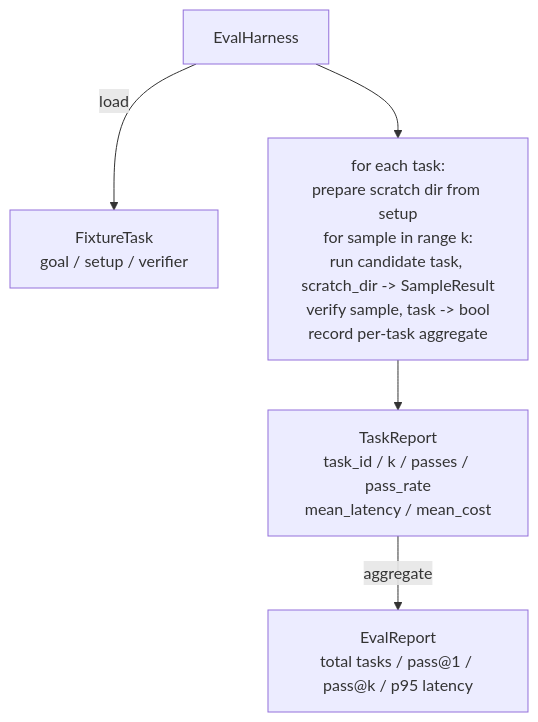
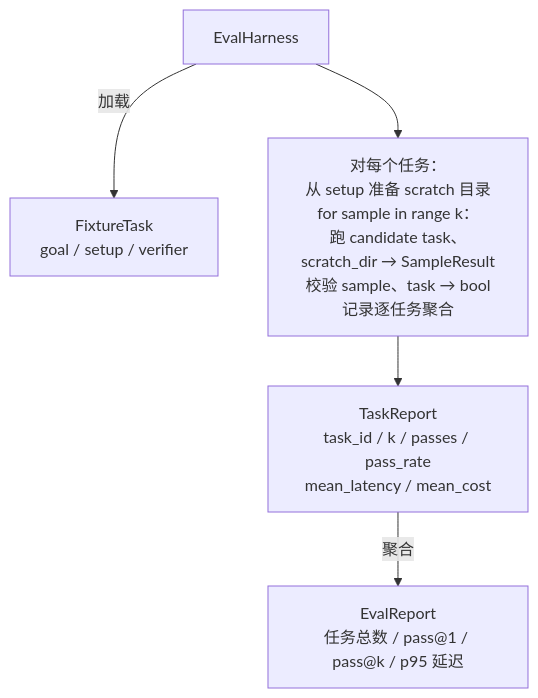
Before and after one commit to JerryC8080/ai-engineering-from-scratch-zh: the second of 2 diagrams in phases/19-capstone-projects/27-eval-harness-fixture-tasks/docs/zh.md, drawn with Mermaid. The commit also changed other lines of this file and 156 other files, not shown here.

First line of the commit message:
i18n(zh): translate mermaid diagram labels in 157 lesson zh.md

````diff
--- a/phases/19-capstone-projects/27-eval-harness-fixture-tasks/docs/zh.md
+++ b/phases/19-capstone-projects/27-eval-harness-fixture-tasks/docs/zh.md
@@ -56,7 +56,7 @@
 ```mermaid
 flowchart TD
-  Harness[EvalHarness] -->|load| Task[FixtureTask<br/>goal / setup / verifier]
-  Harness --> Loop[for each task:<br/>prepare scratch dir from setup<br/>for sample in range k:<br/>run candidate task, scratch_dir -> SampleResult<br/>verify sample, task -> bool<br/>record per-task aggregate]
+  Harness[EvalHarness] -->|加载| Task[FixtureTask<br/>goal / setup / verifier]
+  Harness --> Loop[对每个任务：<br/>从 setup 准备 scratch 目录<br/>for sample in range k：<br/>跑 candidate task、scratch_dir → SampleResult<br/>校验 sample、task → bool<br/>记录逐任务聚合]
   Loop --> TaskReport[TaskReport<br/>task_id / k / passes / pass_rate<br/>mean_latency / mean_cost]
-  TaskReport -->|aggregate| EvalReport[EvalReport<br/>total tasks / pass@1 / pass@k / p95 latency]
+  TaskReport -->|聚合| EvalReport[EvalReport<br/>任务总数 / pass@1 / pass@k / p95 延迟]
 ```
````
